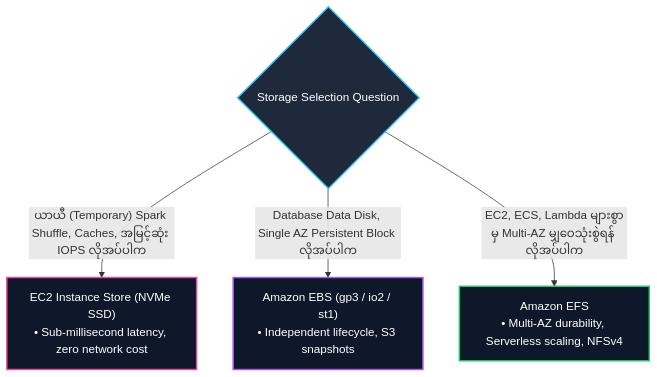
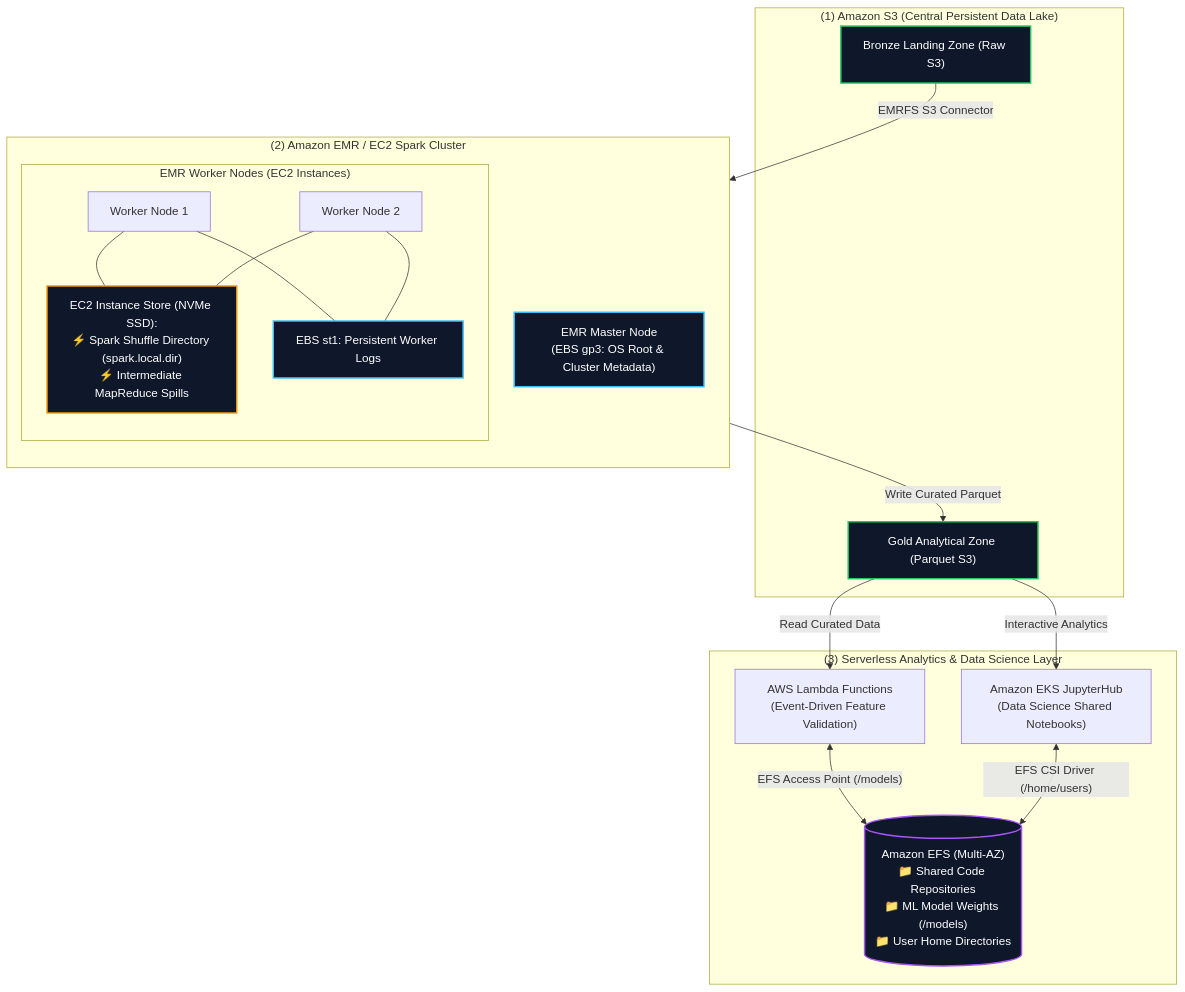
Before and after one commit to Wathon/aws-dea-c01-note: the fourth of 4 diagrams in content/mm/02-services/storage/ebs-vs-efs-vs-instance-store.md, drawn with Mermaid. The commit also changed other lines of this file and 41 other files, not shown here.

````diff
--- a/content/mm/02-services/storage/ebs-vs-efs-vs-instance-store.md
+++ b/content/mm/02-services/storage/ebs-vs-efs-vs-instance-store.md
@@ -77,20 +279,48 @@
 ```mermaid
-graph TD
-    DecisionRoot{Storage Selection Question}
+graph TB
+    subgraph S3DataLake["(1) Amazon S3 (Central Persistent Data Lake)"]
+        Raw["Bronze Landing Zone (Raw S3)"]
+        Curated["Gold Analytical Zone (Parquet S3)"]
+    end
 
-    DecisionRoot -->|"ယာယီ (Temporary) Spark Shuffle, Caches, အမြင့်ဆုံး IOPS လိုအပ်ပါက"| UseInstStore["EC2 Instance Store (NVMe SSD)<br/>• Sub-millisecond latency, zero network cost"]
+    subgraph SparkCluster["(2) Amazon EMR / EC2 Spark Cluster"]
+        direction TB
+        MasterNode["EMR Master Node<br/>(EBS gp3: OS Root & Cluster Metadata)"]
+        
+        subgraph WorkerNodes["EMR Worker Nodes (EC2 Instances)"]
+            Worker1["Worker Node 1"]
+            Worker2["Worker Node 2"]
+            
+            EBS_Log["EBS st1: Persistent Worker Logs"]
+            NVMe_Shuffle["EC2 Instance Store (NVMe SSD):<br/>⚡ Spark Shuffle Directory (spark.local.dir)<br/>⚡ Intermediate MapReduce Spills"]
+            
+            Worker1 & Worker2 --- NVMe_Shuffle
+            Worker1 & Worker2 --- EBS_Log
+        end
+    end
 
-    DecisionRoot -->|"Database Data Disk, Single AZ Persistent Block လိုအပ်ပါက"| UseEBS["Amazon EBS (gp3 / io2 / st1)<br/>• Independent lifecycle, S3 snapshots"]
+    subgraph ServerlessAnalytics["(3) Serverless Analytics & Data Science Layer"]
+        LambdaETL["AWS Lambda Functions<br/>(Event-Driven Feature Validation)"]
+        JupyterEKS["Amazon EKS JupyterHub<br/>(Data Science Shared Notebooks)"]
+        
+        EFSShared[("Amazon EFS (Multi-AZ)<br/>📁 Shared Code Repositories<br/>📁 ML Model Weights (/models)<br/>📁 User Home Directories")]
+        
+        LambdaETL <-->|"EFS Access Point (/models)"| EFSShared
+        JupyterEKS <-->|"EFS CSI Driver (/home/users)"| EFSShared
+    end
 
-    DecisionRoot -->|"EC2, ECS, Lambda များစွာမှ Multi-AZ မျှဝေသုံးစွဲရန် လိုအပ်ပါက"| UseEFS["Amazon EFS<br/>• Multi-AZ durability, Serverless scaling, NFSv4"]
+    Raw -->|"EMRFS S3 Connector"| Worker1
+    Worker1 -->|"Write Curated Parquet"| Curated
+    Curated -->|"Read Curated Data"| LambdaETL
+    Curated -->|"Interactive Analytics"| JupyterEKS
 
-    classDef dec fill:#1e293b,stroke:#38bdf8,stroke-width:2px,color:#fff;
-    classDef inst fill:#0f172a,stroke:#ec4899,stroke-width:2px,color:#fff;
-    classDef ebs fill:#0f172a,stroke:#a855f7,stroke-width:2px,color:#fff;
-    classDef efs fill:#0f172a,stroke:#22c55e,stroke-width:2px,color:#fff;
+    classDef s3 fill:#0f172a,stroke:#22c55e,stroke-width:2px,color:#fff;
+    classDef ebs fill:#0f172a,stroke:#38bdf8,stroke-width:2px,color:#fff;
+    classDef efs fill:#0f172a,stroke:#a855f7,stroke-width:2px,color:#fff;
+    classDef inst fill:#0f172a,stroke:#f59e0b,stroke-width:2px,color:#fff;
 
-    class DecisionRoot dec;
-    class UseInstStore inst;
-    class UseEBS ebs;
-    class UseEFS efs;
+    class Raw,Curated s3;
+    class MasterNode,EBS_Log ebs;
+    class NVMe_Shuffle inst;
+    class EFSShared efs;
 ```
````
